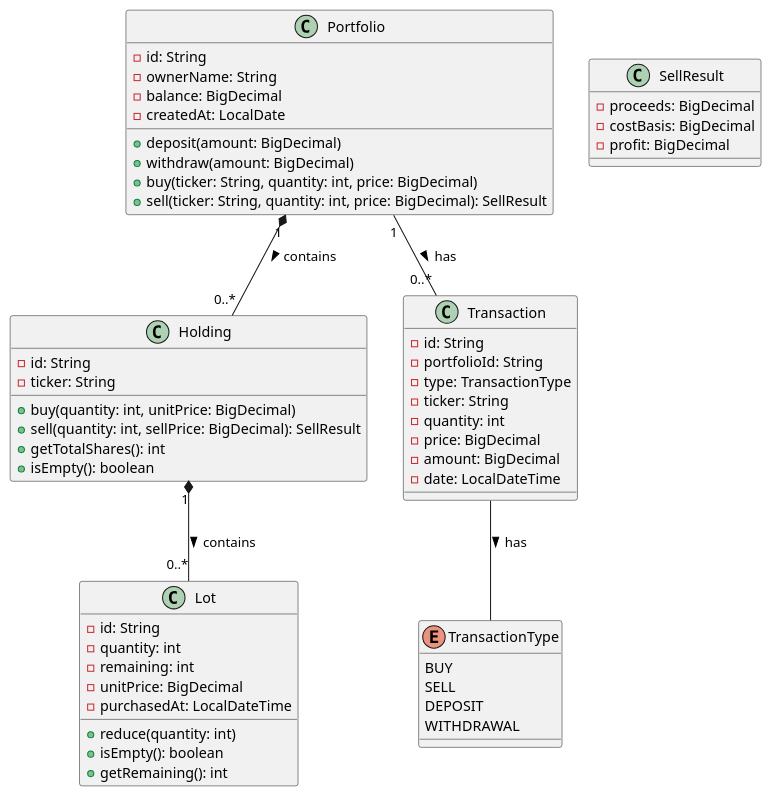
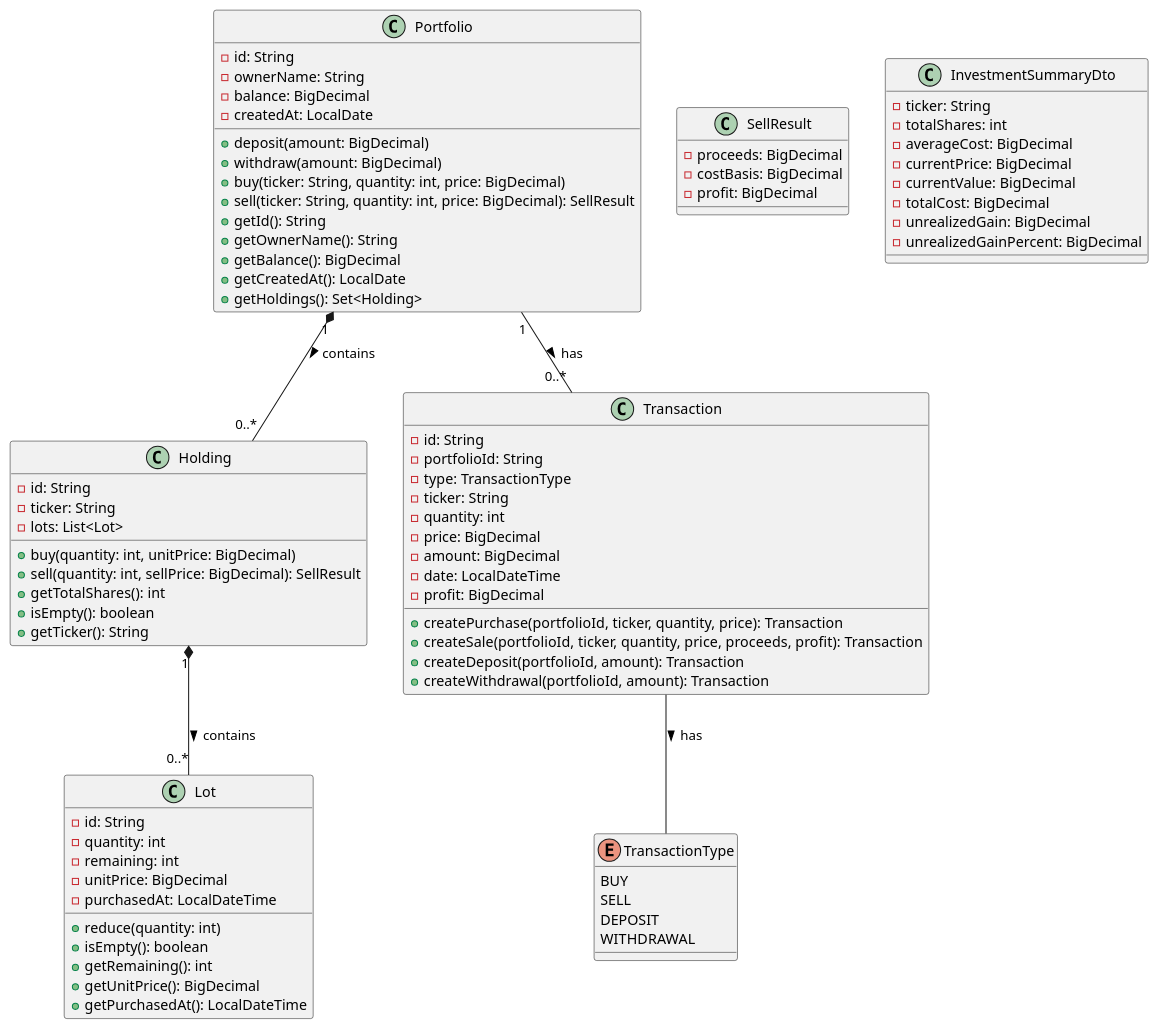
The diagram in stock-portfolio-api-specification.md (alfredorueda/financial-portfolio-dddsample), drawn with PlantUML before and after one commit. The commit also changed other lines of this file and 2 other files, not shown here.

```diff
--- a/stock-portfolio-api-specification.md
+++ b/stock-portfolio-api-specification.md
@@ -328,15 +544,22 @@
   +withdraw(amount: BigDecimal)
   +buy(ticker: String, quantity: int, price: BigDecimal)
   +sell(ticker: String, quantity: int, price: BigDecimal): SellResult
+  +getId(): String
+  +getOwnerName(): String
+  +getBalance(): BigDecimal
+  +getCreatedAt(): LocalDate
+  +getHoldings(): Set<Holding>
 }
 
 class Holding {
   -id: String
   -ticker: String
+  -lots: List<Lot>
   +buy(quantity: int, unitPrice: BigDecimal)
   +sell(quantity: int, sellPrice: BigDecimal): SellResult
   +getTotalShares(): int
   +isEmpty(): boolean
+  +getTicker(): String
 }
 
 class Lot {
@@ -348,6 +571,8 @@
   +reduce(quantity: int)
   +isEmpty(): boolean
   +getRemaining(): int
+  +getUnitPrice(): BigDecimal
+  +getPurchasedAt(): LocalDateTime
 }
 
 class Transaction {
@@ -359,6 +584,11 @@
   -price: BigDecimal
   -amount: BigDecimal
   -date: LocalDateTime
+  -profit: BigDecimal
+  +createPurchase(portfolioId, ticker, quantity, price): Transaction
+  +createSale(portfolioId, ticker, quantity, price, proceeds, profit): Transaction
+  +createDeposit(portfolioId, amount): Transaction
+  +createWithdrawal(portfolioId, amount): Transaction
 }
 
 enum TransactionType {
@@ -374,6 +604,17 @@
   -profit: BigDecimal
 }
 
+class InvestmentSummaryDto {
+  -ticker: String
+  -totalShares: int
+  -averageCost: BigDecimal
+  -currentPrice: BigDecimal
+  -currentValue: BigDecimal
+  -totalCost: BigDecimal
+  -unrealizedGain: BigDecimal
+  -unrealizedGainPercent: BigDecimal
+}
+
 Portfolio "1" *-- "0..*" Holding : contains >
 Holding "1" *-- "0..*" Lot : contains >
 Portfolio "1" -- "0..*" Transaction : has >
```
